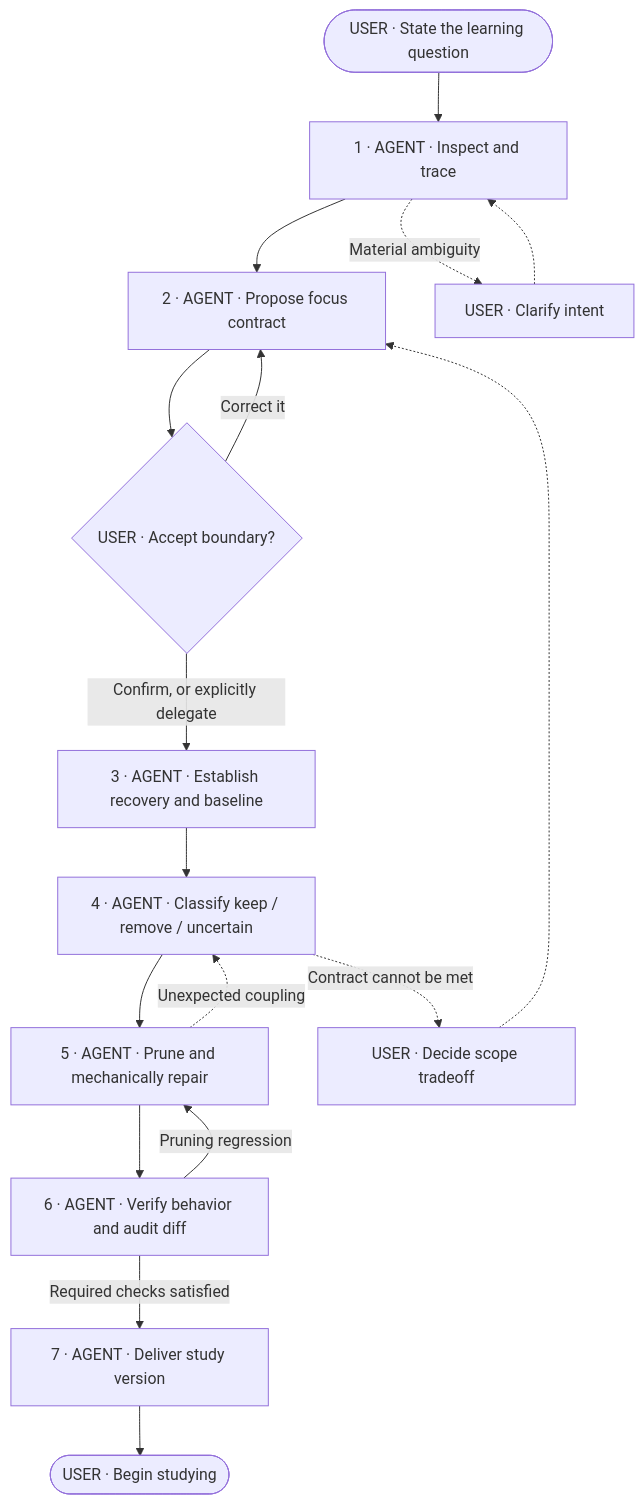
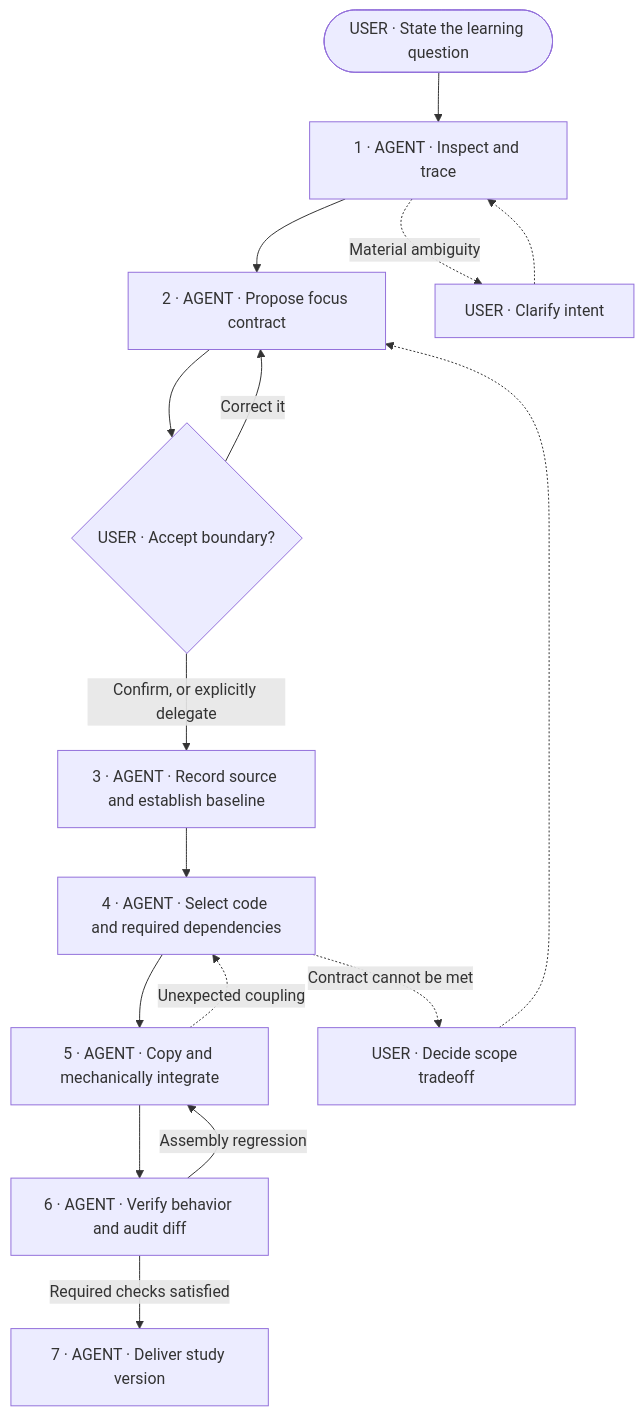
One commit to QzCurious/qz-skills changed the diagram in codebase-focus/SKILL.md. Above: the diagram before and after it, drawn with Mermaid. The commit also changed other lines of this file, not shown here.

Commit message:
Change codebase-focus to assemble original code in isolation

````diff
--- a/codebase-focus/SKILL.md
+++ b/codebase-focus/SKILL.md
@@ -23,28 +28,27 @@
 ```mermaid
 flowchart TD
     U(["USER · State the learning question"])
     A["1 · AGENT · Inspect and trace"]
     B["2 · AGENT · Propose focus contract"]
     C{"USER · Accept boundary?"}
-    D["3 · AGENT · Establish recovery and baseline"]
-    E["4 · AGENT · Classify keep / remove / uncertain"]
-    F["5 · AGENT · Prune and mechanically repair"]
+    D["3 · AGENT · Record source and establish baseline"]
+    E["4 · AGENT · Select code and required dependencies"]
+    F["5 · AGENT · Copy and mechanically integrate"]
     G["6 · AGENT · Verify behavior and audit diff"]
     H["7 · AGENT · Deliver study version"]
-    I(["USER · Begin studying"])
     Q["USER · Clarify intent"]
     R["USER · Decide scope tradeoff"]
 
     U --> A --> B --> C
     C -->|Correct it| B
     C -->|Confirm, or explicitly delegate| D
     D --> E --> F --> G
-    G -->|Pruning regression| F
-    G -->|Required checks satisfied| H --> I
+    G -->|Assembly regression| F
+    G -->|Required checks satisfied| H
 
     A -.->|Material ambiguity| Q
     Q -.-> A
     E -.->|Contract cannot be met| R
     R -.-> B
     F -.->|Unexpected coupling| E
 ```
````
